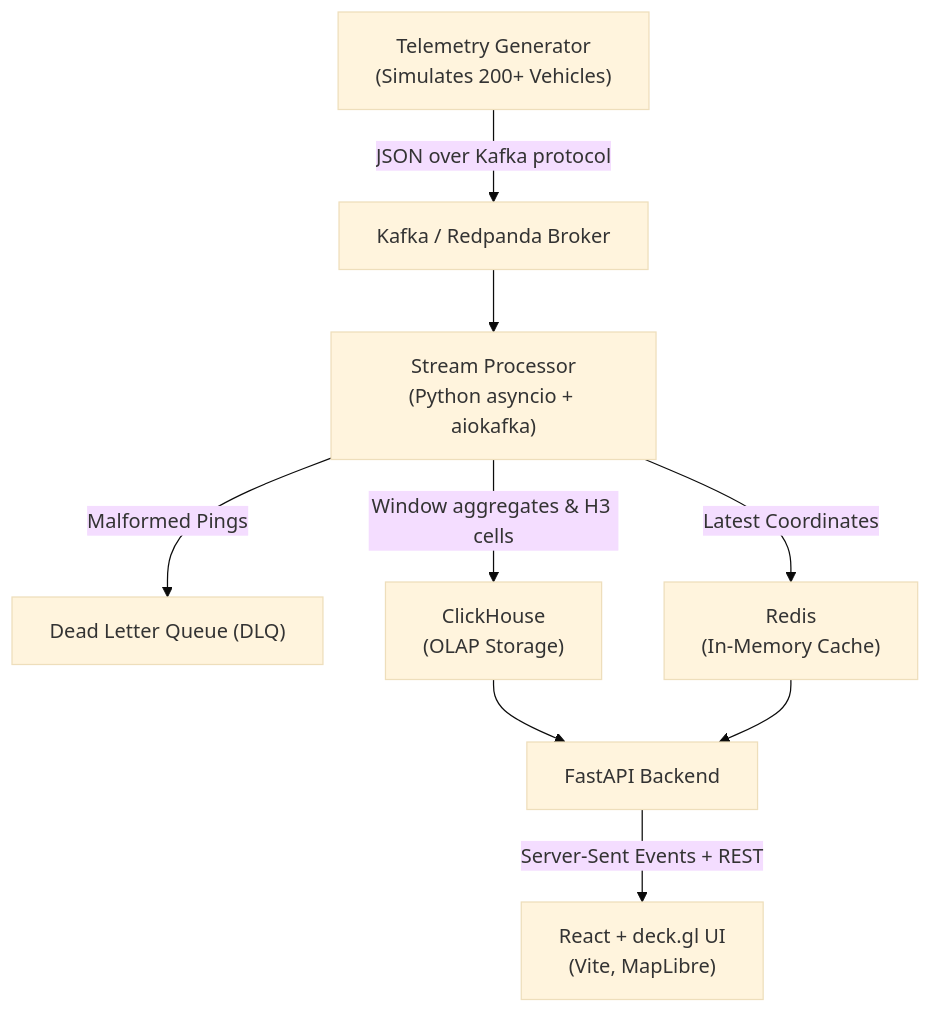
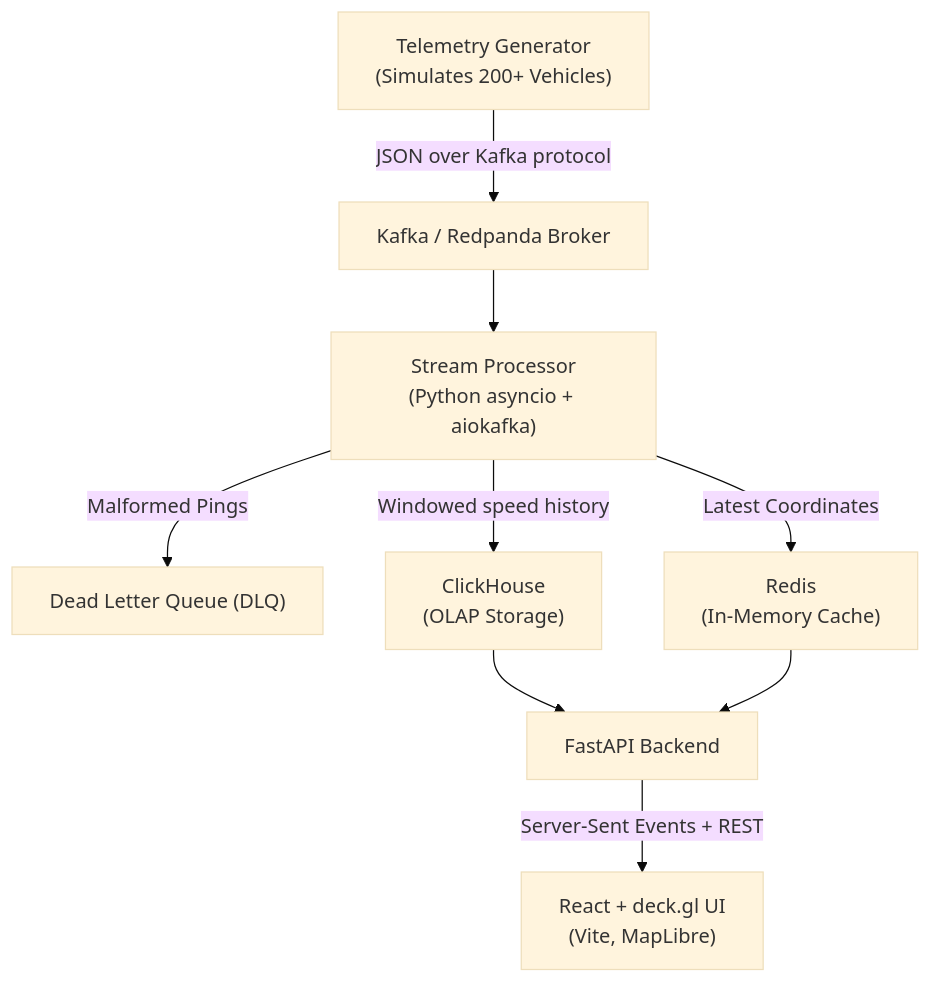
The diagram in README.md (Aarush-Kinhikar-0209/geospatial-telemetry-pipeline), drawn with Mermaid (base theme) before and after one commit. The commit also changed other lines of this file and 20 other files, not shown here.

````diff
--- a/README.md
+++ b/README.md
@@ -24,15 +24,15 @@
 ```mermaid
 graph TD
     A["Telemetry Generator<br/>(Simulates 200+ Vehicles)"] -->|JSON over Kafka protocol| B["Kafka / Redpanda Broker"]
     
     B --> C["Stream Processor<br/>(Python asyncio + aiokafka)"]
     
     C -->|Malformed Pings| D["Dead Letter Queue (DLQ)"]
-    C -->|Window aggregates & H3 cells| E["ClickHouse<br/>(OLAP Storage)"]
+    C -->|Windowed speed history| E["ClickHouse<br/>(OLAP Storage)"]
     C -->|Latest Coordinates| F["Redis<br/>(In-Memory Cache)"]
     
     E --> G["FastAPI Backend"]
     F --> G
     
     G -->|Server-Sent Events + REST| H["React + deck.gl UI<br/>(Vite, MapLibre)"]
 ```
````
